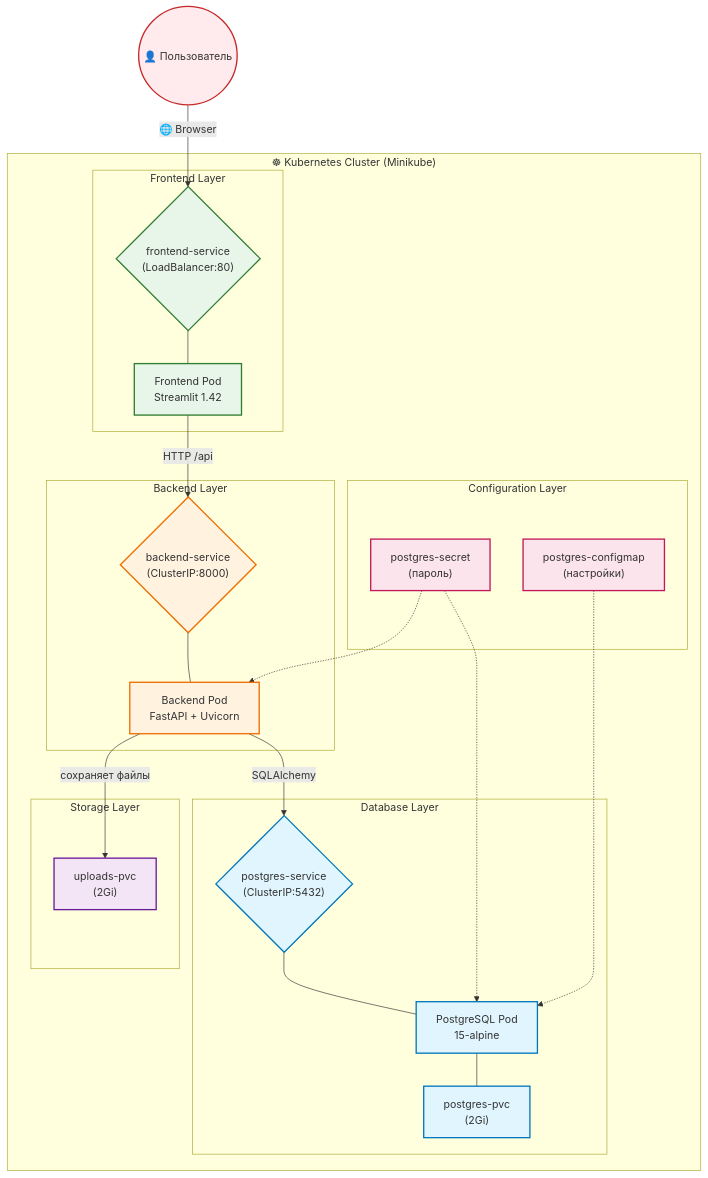
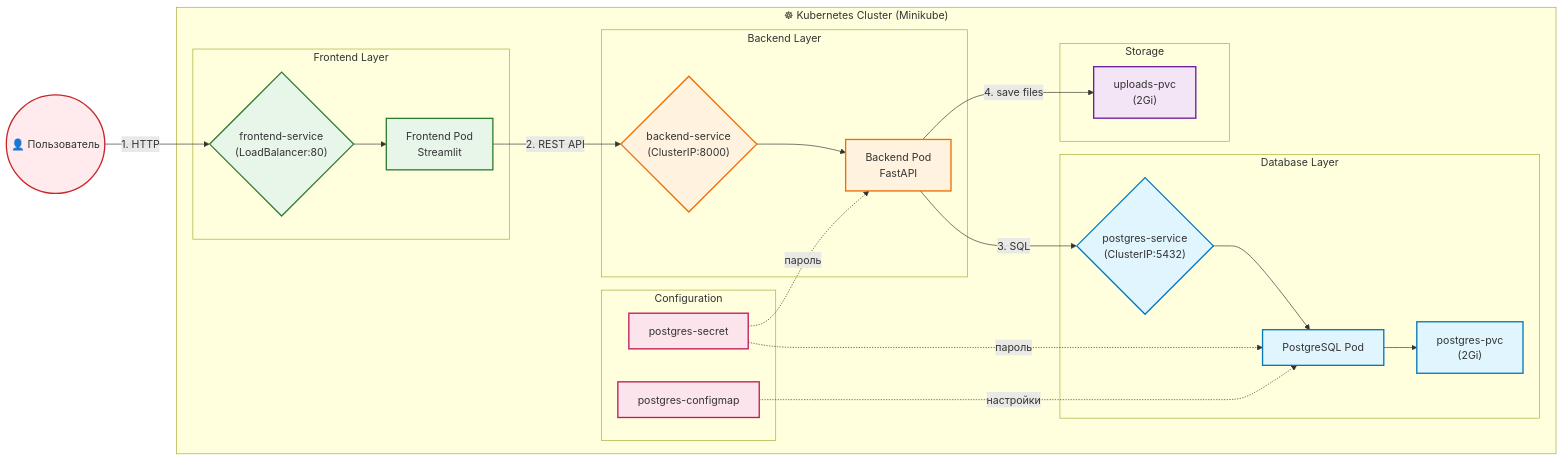
Before and after one commit to AlinaSabitova/Analytics-docker-labs: the second of 2 diagrams in lab4/Lab4.md, drawn with Mermaid.

````diff
--- a/lab4/Lab4.md
+++ b/lab4/Lab4.md
@@ -95,62 +95,62 @@
 ```mermaid
-graph TD
+graph LR
     classDef user fill:#ffebee,stroke:#c62828,stroke-width:2px
     classDef frontend fill:#e8f5e9,stroke:#2e7d32,stroke-width:2px
     classDef backend fill:#fff3e0,stroke:#ef6c00,stroke-width:2px
     classDef database fill:#e1f5fe,stroke:#0277bd,stroke-width:2px
     classDef storage fill:#f3e5f5,stroke:#6a1b9a,stroke-width:2px
     classDef config fill:#fce4ec,stroke:#c2185b,stroke-width:2px
 
-    User(("👤 Пользователь")) -->|"🌐 Browser"| FrontendSVC
+    User(("👤 Пользователь"))
 
     subgraph K8s ["☸ Kubernetes Cluster (Minikube)"]
         
+        subgraph CF ["Configuration"]
+            Secret["postgres-secret"]
+            ConfigMap["postgres-configmap"]
+        end
+
         subgraph FE ["Frontend Layer"]
             FrontendSVC{"frontend-service\n(LoadBalancer:80)"}
-            FrontendPod["Frontend Pod\nStreamlit 1.42"]
+            FrontendPod["Frontend Pod\nStreamlit"]
         end
 
         subgraph BE ["Backend Layer"]
             BackendSVC{"backend-service\n(ClusterIP:8000)"}
-            BackendPod["Backend Pod\nFastAPI + Uvicorn"]
+            BackendPod["Backend Pod\nFastAPI"]
         end
 
         subgraph DB ["Database Layer"]
             PostgresSVC{"postgres-service\n(ClusterIP:5432)"}
-            PostgresPod["PostgreSQL Pod\n15-alpine"]
+            PostgresPod["PostgreSQL Pod"]
             PostgresPVC["postgres-pvc\n(2Gi)"]
         end
 
-        subgraph ST ["Storage Layer"]
+        subgraph ST ["Storage"]
             UploadsPVC["uploads-pvc\n(2Gi)"]
-        end
-
-        subgraph CF ["Configuration Layer"]
-            Secret["postgres-secret\n(пароль)"]
-            ConfigMap["postgres-configmap\n(настройки)"]
         end
     end
 
-    %% Связи
-    FrontendSVC --- FrontendPod
-    FrontendPod -->|"HTTP /api"| BackendSVC
+    %% Основной поток данных (слева направо)
+    User -->|"1. HTTP"| FrontendSVC
+    FrontendSVC --> FrontendPod
+    FrontendPod -->|"2. REST API"| BackendSVC
+    BackendSVC --> BackendPod
+    BackendPod -->|"3. SQL"| PostgresSVC
+    BackendPod -->|"4. save files"| UploadsPVC
+    PostgresSVC --> PostgresPod
+    PostgresPod --> PostgresPVC
     
-    BackendSVC --- BackendPod
-    BackendPod -->|"SQLAlchemy"| PostgresSVC
-    BackendPod -->|"сохраняет файлы"| UploadsPVC
-    
-    PostgresSVC --- PostgresPod
-    PostgresPod --- PostgresPVC
-    
-    Secret -.-> PostgresPod
-    Secret -.-> BackendPod
-    ConfigMap -.-> PostgresPod
+    %% Конфигурация (пунктир)
+    Secret -.->|"пароль"| PostgresPod
+    Secret -.->|"пароль"| BackendPod
+    ConfigMap -.->|"настройки"| PostgresPod
 
     %% Стили
     class User user
     class FrontendSVC,FrontendPod frontend
     class BackendSVC,BackendPod backend
     class PostgresSVC,PostgresPod,PostgresPVC database
     class UploadsPVC storage
     class Secret,ConfigMap config
 ```
````
